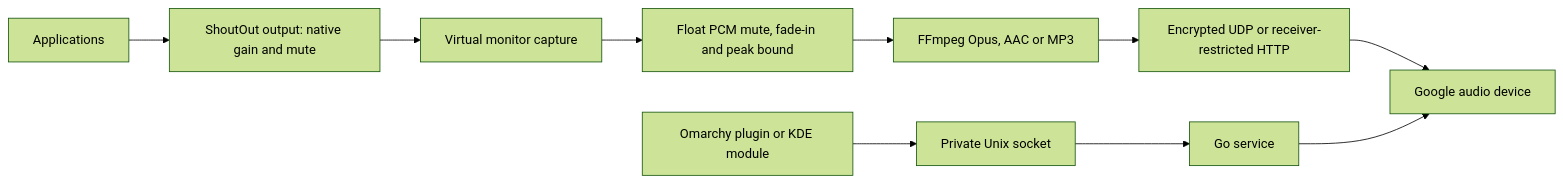
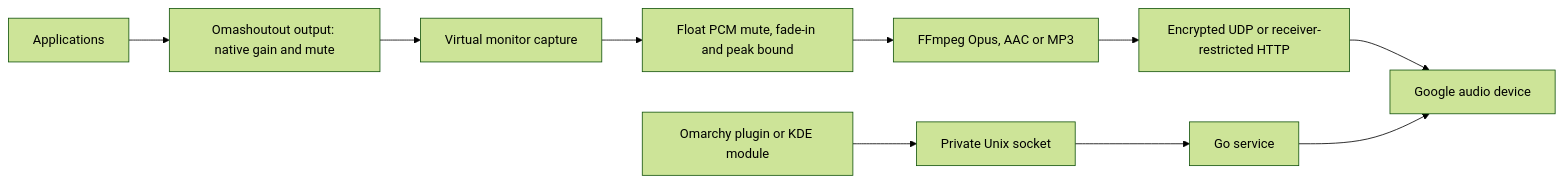
The diagram in docs/PLAN.md (MADS0LADEN/omashoutout), drawn with Mermaid (forest theme) before and after one commit. The commit also changed other lines of this file and 36 other files, not shown here.

````diff
--- a/docs/PLAN.md
+++ b/docs/PLAN.md
@@ -7,12 +7,12 @@
 ```mermaid
 flowchart LR
-    Applications --> Sink[ShoutOut output: native gain and mute]
+    Applications --> Sink[Omashoutout output: native gain and mute]
     Sink --> Capture[Virtual monitor capture]
     Capture --> PCM[Float PCM mute, fade-in and peak bound]
     PCM --> Encoder[FFmpeg Opus, AAC or MP3]
     Encoder --> Transport[Encrypted UDP or receiver-restricted HTTP]
     Transport --> Receiver[Google audio device]
     Settings[Omarchy plugin or KDE module] --> IPC[Private Unix socket]
     IPC --> Service[Go service]
     Service --> Receiver
 ```
````
